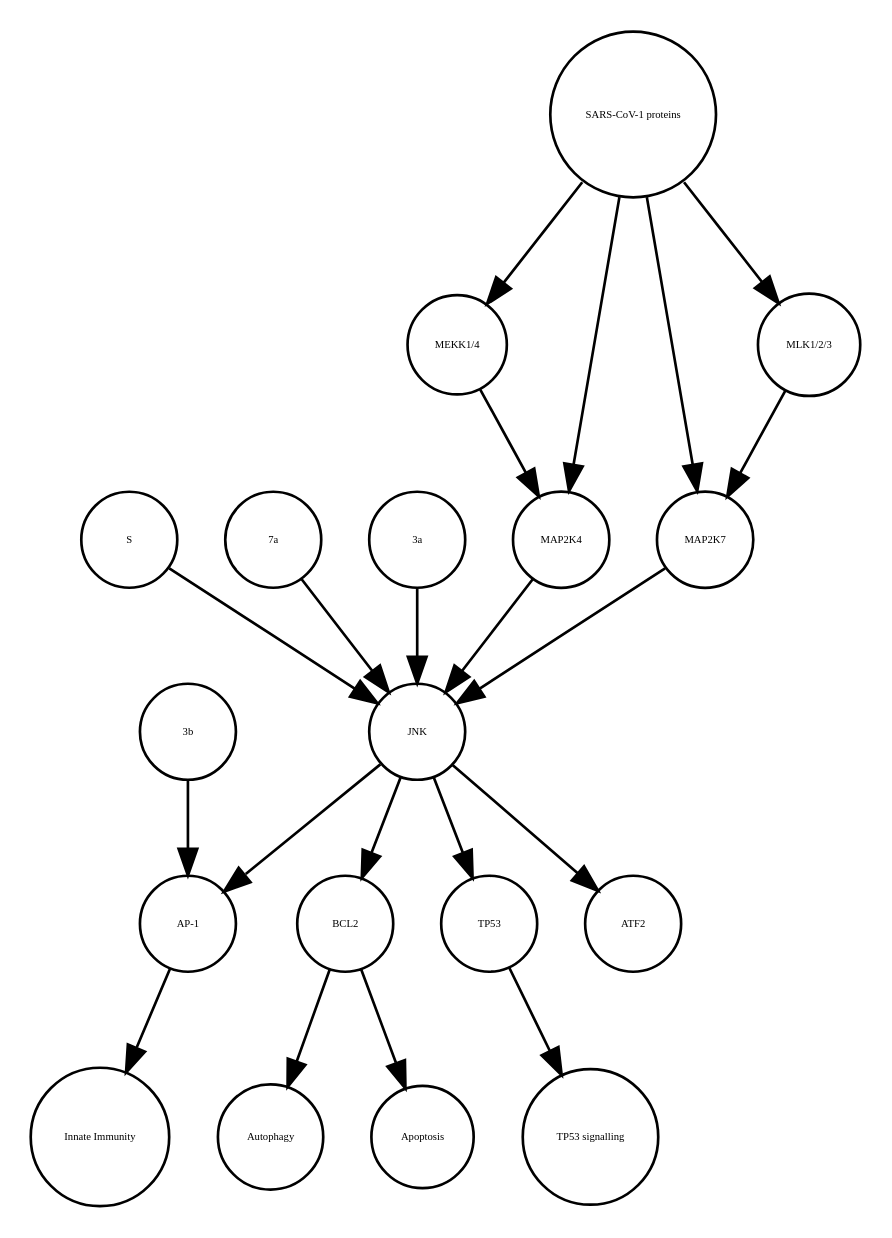
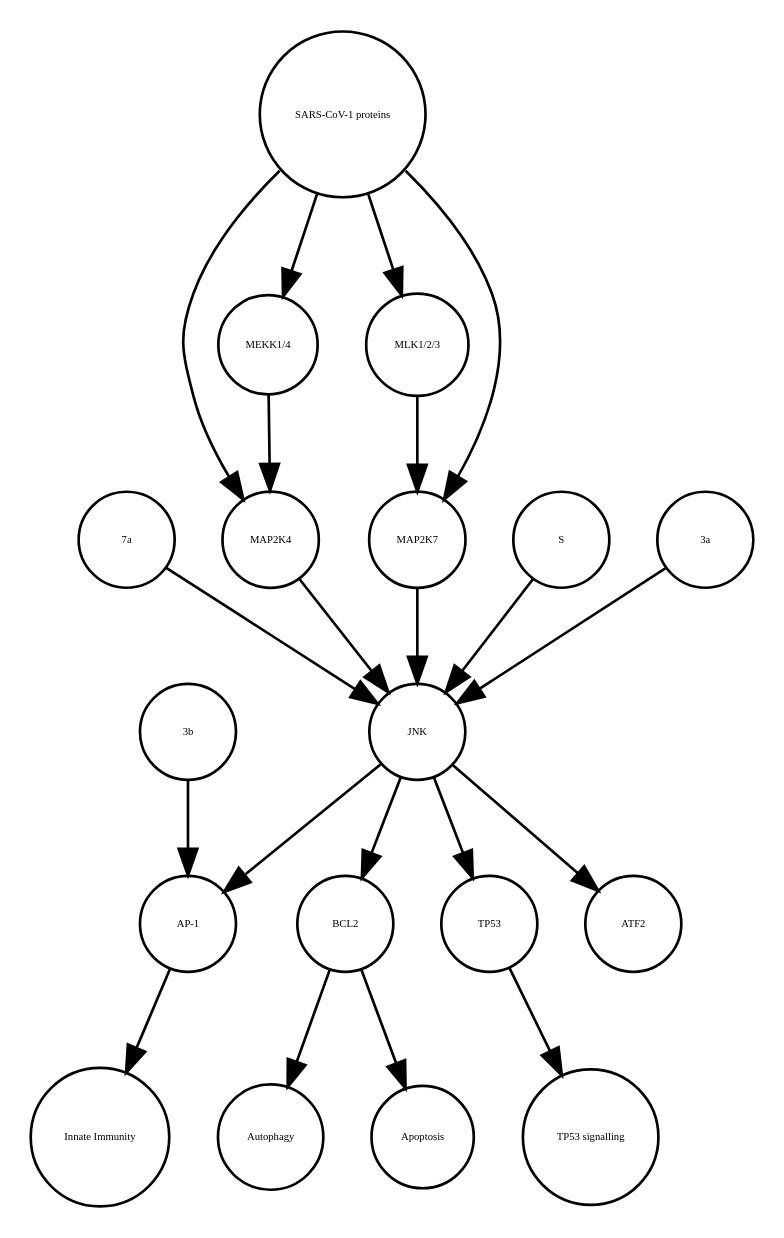
One commit to cannin/covid19-sbgn changed the diagram in JNK_pathway_stable.xml_projected.dot. Above: the diagram before and after it, drawn with Graphviz. The commit also changed other lines of this file and 564 other files, not shown here.

```diff
--- a/JNK_pathway_stable.xml_projected.dot
+++ b/JNK_pathway_stable.xml_projected.dot
@@ -1,40 +1,40 @@
 strict digraph  {
 BCL2 [annotation=urn_miriam_ncbigene_596, bipartite=0, cls=macromolecule, fontsize=4, label=BCL2, shape=circle];
 Autophagy [annotation="urn_miriam_obo.go_GO%3A0006914", bipartite=0, cls=phenotype, fontsize=4, label=Autophagy, shape=circle];
 "AP-1" [annotation="", bipartite=0, cls=complex, fontsize=4, label="AP-1", shape=circle];
 "Innate Immunity" [annotation="urn_miriam_obo.go_GO%3A0045087", bipartite=0, cls=phenotype, fontsize=4, label="Innate Immunity", shape=circle];
 TP53 [annotation=urn_miriam_ncbigene_7157, bipartite=0, cls=macromolecule, fontsize=4, label=TP53, shape=circle];
 "TP53 signalling" [annotation="urn_miriam_obo.go_GO%3A0072331", bipartite=0, cls=phenotype, fontsize=4, label="TP53 signalling", shape=circle];
 Apoptosis [annotation="urn_miriam_obo.go_GO%3A0006915", bipartite=0, cls=phenotype, fontsize=4, label=Apoptosis, shape=circle];
 "SARS-CoV-1 proteins" [annotation="", bipartite=0, cls=complex, fontsize=4, label="SARS-CoV-1 proteins", shape=circle];
+ATF2 [annotation=urn_miriam_ncbigene_1386, bipartite=0, cls=macromolecule, fontsize=4, label=ATF2, shape=circle];
+"7a" [annotation="", bipartite=0, cls=macromolecule, fontsize=4, label="7a", shape=circle];
+MAP2K4 [annotation=urn_miriam_ncbigene_6416, bipartite=0, cls=macromolecule, fontsize=4, label=MAP2K4, shape=circle];
+"MLK1/2/3" [annotation="", bipartite=0, cls=complex, fontsize=4, label="MLK1/2/3", shape=circle];
+"MEKK1/4" [annotation="", bipartite=0, cls=complex, fontsize=4, label="MEKK1/4", shape=circle];
+JNK [annotation="", bipartite=0, cls=complex, fontsize=4, label=JNK, shape=circle];
+MAP2K7 [annotation=urn_miriam_ncbigene_5609, bipartite=0, cls=macromolecule, fontsize=4, label=MAP2K7, shape=circle];
+"3b" [annotation="", bipartite=0, cls=macromolecule, fontsize=4, label="3b", shape=circle];
 S [annotation="", bipartite=0, cls=macromolecule, fontsize=4, label=S, shape=circle];
-"7a" [annotation="", bipartite=0, cls=macromolecule, fontsize=4, label="7a", shape=circle];
 "3a" [annotation="", bipartite=0, cls=macromolecule, fontsize=4, label="3a", shape=circle];
-ATF2 [annotation=urn_miriam_ncbigene_1386, bipartite=0, cls=macromolecule, fontsize=4, label=ATF2, shape=circle];
-"MEKK1/4" [annotation="", bipartite=0, cls=complex, fontsize=4, label="MEKK1/4", shape=circle];
-MAP2K7 [annotation=urn_miriam_ncbigene_5609, bipartite=0, cls=macromolecule, fontsize=4, label=MAP2K7, shape=circle];
-MAP2K4 [annotation=urn_miriam_ncbigene_6416, bipartite=0, cls=macromolecule, fontsize=4, label=MAP2K4, shape=circle];
-"3b" [annotation="", bipartite=0, cls=macromolecule, fontsize=4, label="3b", shape=circle];
-"MLK1/2/3" [annotation="", bipartite=0, cls=complex, fontsize=4, label="MLK1/2/3", shape=circle];
-JNK [annotation="", bipartite=0, cls=complex, fontsize=4, label=JNK, shape=circle];
 BCL2 -> Autophagy  [annotation="", interaction_type="necessary stimulation"];
 BCL2 -> Apoptosis  [annotation="", interaction_type=inhibition];
 "AP-1" -> "Innate Immunity"  [annotation="", interaction_type="necessary stimulation"];
 TP53 -> "TP53 signalling"  [annotation="", interaction_type="necessary stimulation"];
+"SARS-CoV-1 proteins" -> "MEKK1/4"  [annotation="urn_miriam_pubmed_31226023|urn_miriam_taxonomy_694009|urn_miriam_taxonomy_392815", interaction_type=stimulation];
+"SARS-CoV-1 proteins" -> MAP2K4  [annotation="urn_miriam_pubmed_31226023|urn_miriam_taxonomy_694009|urn_miriam_taxonomy_392815", interaction_type=stimulation];
 "SARS-CoV-1 proteins" -> "MLK1/2/3"  [annotation="urn_miriam_taxonomy_694009|urn_miriam_pubmed_31226023|urn_miriam_taxonomy_392815", interaction_type=stimulation];
-"SARS-CoV-1 proteins" -> MAP2K4  [annotation="urn_miriam_pubmed_31226023|urn_miriam_taxonomy_694009|urn_miriam_taxonomy_392815", interaction_type=stimulation];
-"SARS-CoV-1 proteins" -> "MEKK1/4"  [annotation="urn_miriam_pubmed_31226023|urn_miriam_taxonomy_694009|urn_miriam_taxonomy_392815", interaction_type=stimulation];
 "SARS-CoV-1 proteins" -> MAP2K7  [annotation="urn_miriam_pubmed_31226023|urn_miriam_taxonomy_694009|urn_miriam_taxonomy_392815", interaction_type=stimulation];
+"7a" -> JNK  [annotation="urn_miriam_pubmed_17141229|urn_miriam_taxonomy_694009|urn_miriam_taxonomy_392815", interaction_type=stimulation];
+MAP2K4 -> JNK  [annotation="urn_miriam_pubmed_17141229|urn_miriam_taxonomy_694009|urn_miriam_taxonomy_392815", interaction_type=stimulation];
+"MLK1/2/3" -> MAP2K7  [annotation="urn_miriam_pubmed_31226023|urn_miriam_taxonomy_694009|urn_miriam_taxonomy_392815", interaction_type=stimulation];
+"MEKK1/4" -> MAP2K4  [annotation="urn_miriam_pubmed_31226023|urn_miriam_taxonomy_694009|urn_miriam_taxonomy_392815", interaction_type=stimulation];
+JNK -> TP53  [annotation=urn_miriam_pubmed_9724739, interaction_type=stimulation];
+JNK -> ATF2  [annotation=urn_miriam_pubmed_7824938, interaction_type=stimulation];
+JNK -> BCL2  [annotation=urn_miriam_pubmed_10567572, interaction_type=stimulation];
+JNK -> "AP-1"  [annotation="urn_miriam_pubmed_21561061|urn_miriam_taxonomy_694009", interaction_type=stimulation];
+MAP2K7 -> JNK  [annotation="urn_miriam_pubmed_17141229|urn_miriam_taxonomy_694009|urn_miriam_taxonomy_392815", interaction_type=stimulation];
+"3b" -> "AP-1"  [annotation="urn_miriam_pubmed_21561061|urn_miriam_taxonomy_694009", interaction_type=stimulation];
 S -> JNK  [annotation="urn_miriam_pubmed_17267381|urn_miriam_taxonomy_694009|urn_miriam_taxonomy_392815", interaction_type=stimulation];
-"7a" -> JNK  [annotation="urn_miriam_pubmed_17141229|urn_miriam_taxonomy_694009|urn_miriam_taxonomy_392815", interaction_type=stimulation];
 "3a" -> JNK  [annotation="urn_miriam_pubmed_17141229|urn_miriam_taxonomy_694009|urn_miriam_taxonomy_392815", interaction_type=stimulation];
-"MEKK1/4" -> MAP2K4  [annotation="urn_miriam_pubmed_31226023|urn_miriam_taxonomy_694009|urn_miriam_taxonomy_392815", interaction_type=stimulation];
-MAP2K7 -> JNK  [annotation="urn_miriam_pubmed_17141229|urn_miriam_taxonomy_694009|urn_miriam_taxonomy_392815", interaction_type=stimulation];
-MAP2K4 -> JNK  [annotation="urn_miriam_pubmed_17141229|urn_miriam_taxonomy_694009|urn_miriam_taxonomy_392815", interaction_type=stimulation];
-"3b" -> "AP-1"  [annotation="urn_miriam_pubmed_21561061|urn_miriam_taxonomy_694009", interaction_type=stimulation];
-"MLK1/2/3" -> MAP2K7  [annotation="urn_miriam_pubmed_31226023|urn_miriam_taxonomy_694009|urn_miriam_taxonomy_392815", interaction_type=stimulation];
-JNK -> TP53  [annotation=urn_miriam_pubmed_9724739, interaction_type=stimulation];
-JNK -> BCL2  [annotation=urn_miriam_pubmed_10567572, interaction_type=stimulation];
-JNK -> ATF2  [annotation=urn_miriam_pubmed_7824938, interaction_type=stimulation];
-JNK -> "AP-1"  [annotation="urn_miriam_pubmed_21561061|urn_miriam_taxonomy_694009", interaction_type=stimulation];
 }
```
